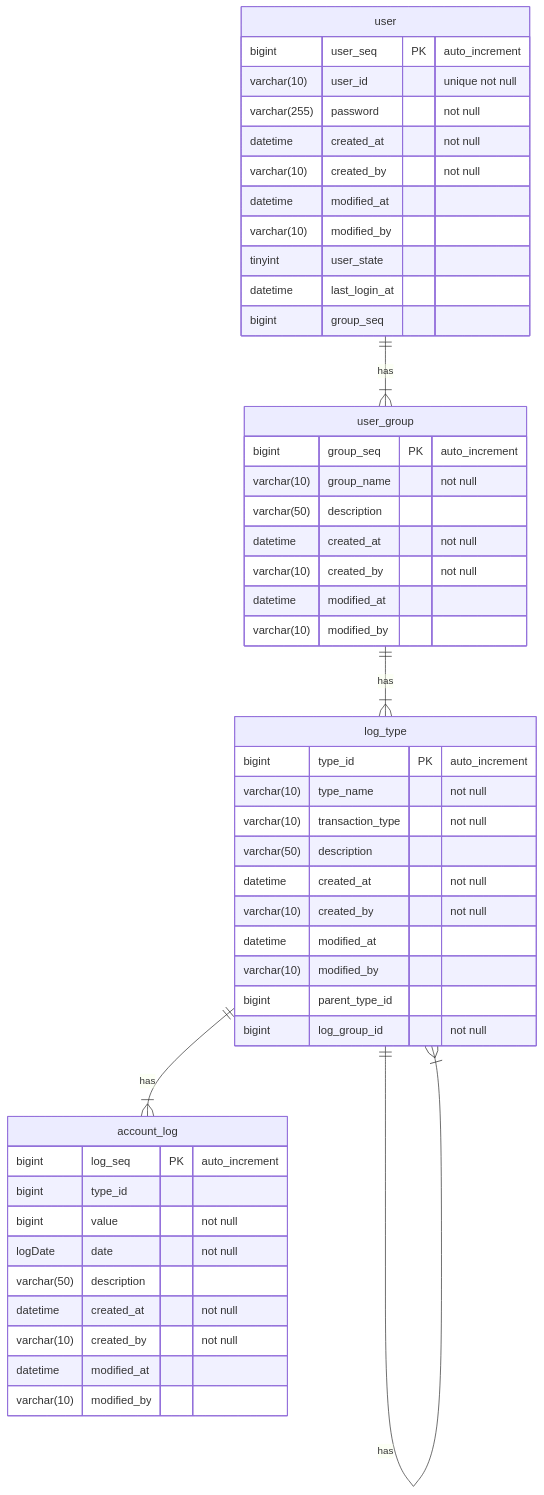
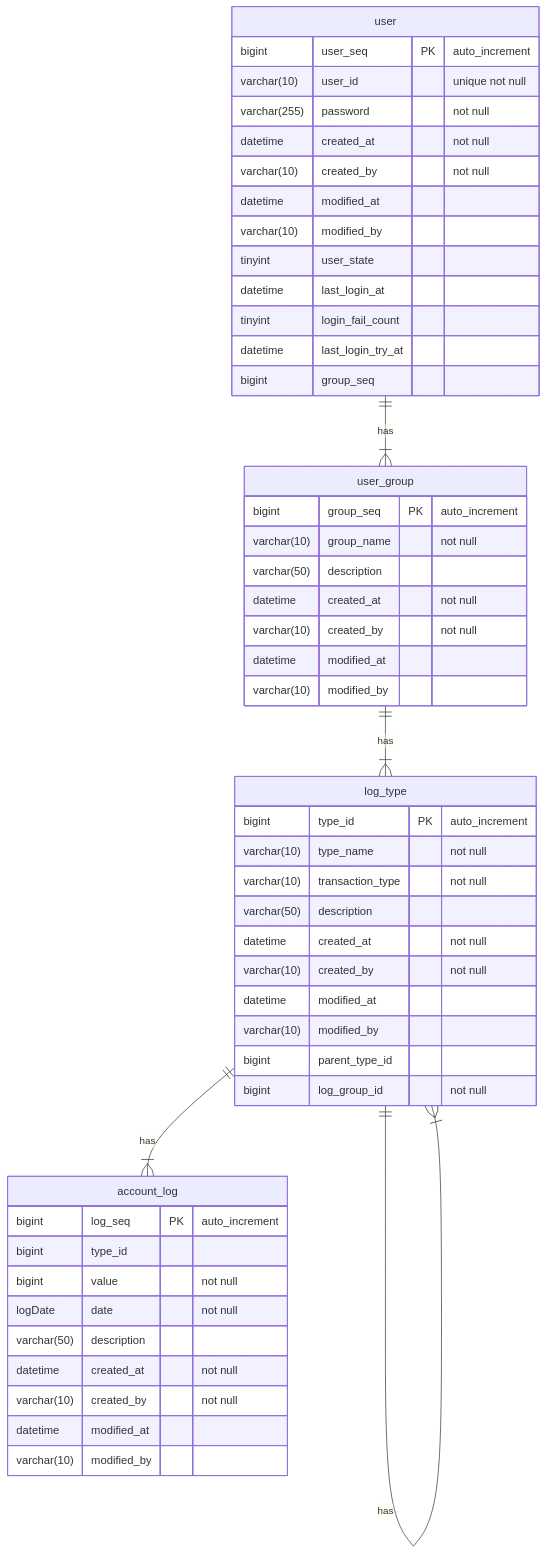
Before and after one commit to SeungHeeNoh/accountBook: the diagram in README.md, drawn with Mermaid. The commit also changed 10 other files, not shown here.

````diff
--- a/README.md
+++ b/README.md
@@ -11,52 +11,54 @@
 ```mermaid
 erDiagram
     user ||--|{ user_group : has
     user_group ||--|{ log_type : has
     log_type ||--|{ log_type : has
     log_type ||--|{ account_log : has
     user {
         bigint user_seq PK "auto_increment"
         varchar(10) user_id "unique not null"
         varchar(255) password "not null"
         datetime created_at "not null"
         varchar(10) created_by "not null"
         datetime modified_at
         varchar(10) modified_by
         tinyint user_state
         datetime last_login_at
+        tinyint login_fail_count
+        datetime last_login_try_at
         bigint group_seq
     }
     user_group {
         bigint group_seq PK "auto_increment"
         varchar(10) group_name "not null"
         varchar(50) description
         datetime created_at "not null"
         varchar(10) created_by "not null"
         datetime modified_at
         varchar(10) modified_by
     }
     log_type {
         bigint type_id PK "auto_increment"
         varchar(10) type_name "not null"
         varchar(10) transaction_type "not null"
         varchar(50) description
         datetime created_at "not null"
         varchar(10) created_by "not null"
         datetime modified_at
         varchar(10) modified_by
         bigint parent_type_id
         bigint log_group_id "not null"
     }
     account_log {
         bigint log_seq PK "auto_increment"
         bigint type_id
         bigint value "not null"
         logDate date "not null"
         varchar(50) description
         datetime created_at "not null"
         varchar(10) created_by "not null"
         datetime modified_at
         varchar(10) modified_by
     }
 
 ```
````
